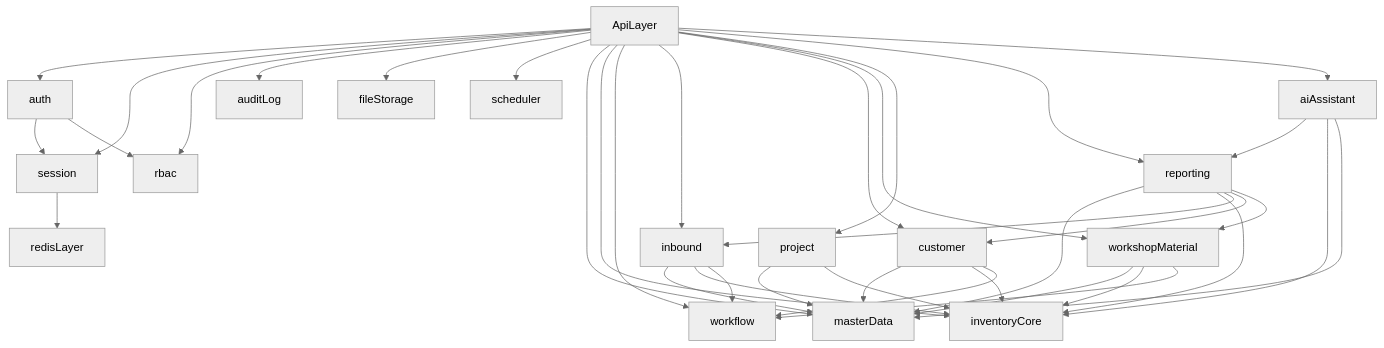
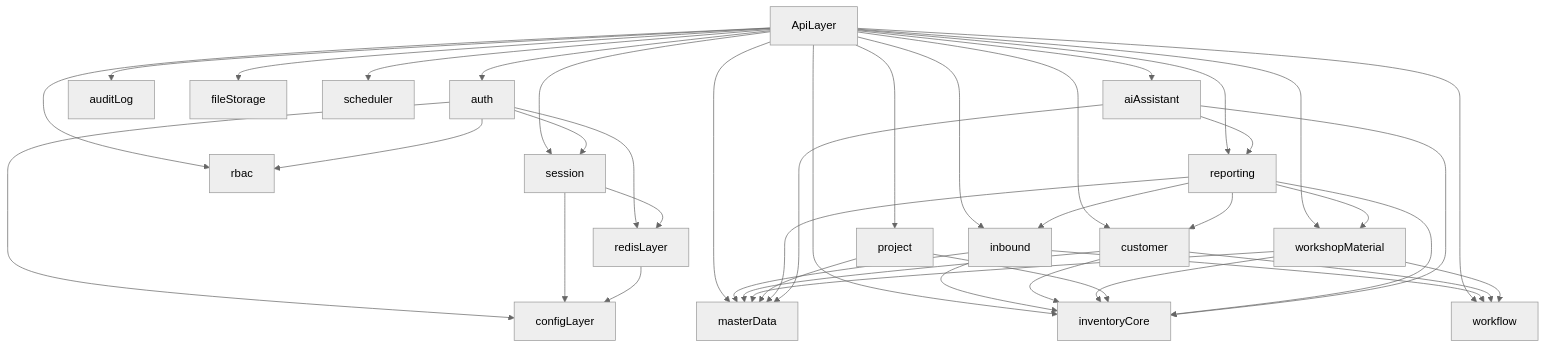
One commit to Cupcc/saifute-wsm-server changed the diagram in docs/architecture/00-architecture-overview.md. Above: the diagram before and after it, drawn with Mermaid (neutral theme). The commit also changed other lines of this file and 74 other files, not shown here.

````diff
--- a/docs/architecture/00-architecture-overview.md
+++ b/docs/architecture/00-architecture-overview.md
@@ -178,41 +211,45 @@
 ```mermaid
 flowchart TD
     ApiLayer --> auth
     ApiLayer --> session
     ApiLayer --> rbac
     ApiLayer --> auditLog
     ApiLayer --> fileStorage
     ApiLayer --> scheduler
     ApiLayer --> masterData
     ApiLayer --> inventoryCore
     ApiLayer --> workflow
     ApiLayer --> inbound
     ApiLayer --> customer
     ApiLayer --> workshopMaterial
     ApiLayer --> project
     ApiLayer --> reporting
     ApiLayer --> aiAssistant
 
     auth --> session
     auth --> rbac
+    auth --> redisLayer
+    auth --> configLayer
     session --> redisLayer
+    session --> configLayer
+    redisLayer --> configLayer
     inbound --> masterData
     inbound --> inventoryCore
     inbound --> workflow
     customer --> masterData
     customer --> inventoryCore
     customer --> workflow
     workshopMaterial --> masterData
     workshopMaterial --> inventoryCore
     workshopMaterial --> workflow
     project --> masterData
     project --> inventoryCore
     reporting --> masterData
     reporting --> inventoryCore
     reporting --> inbound
     reporting --> customer
     reporting --> workshopMaterial
     aiAssistant --> reporting
     aiAssistant --> inventoryCore
     aiAssistant --> masterData
 ```
````
